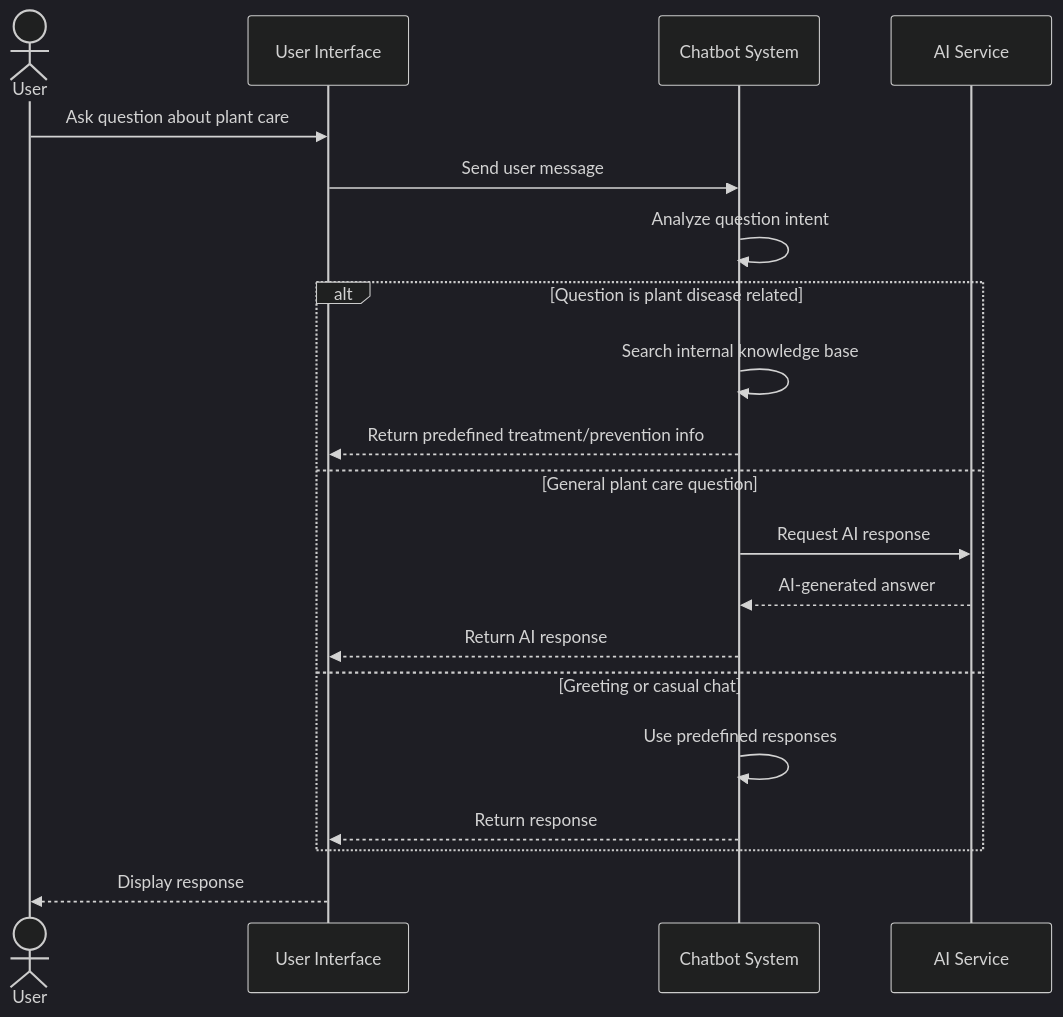
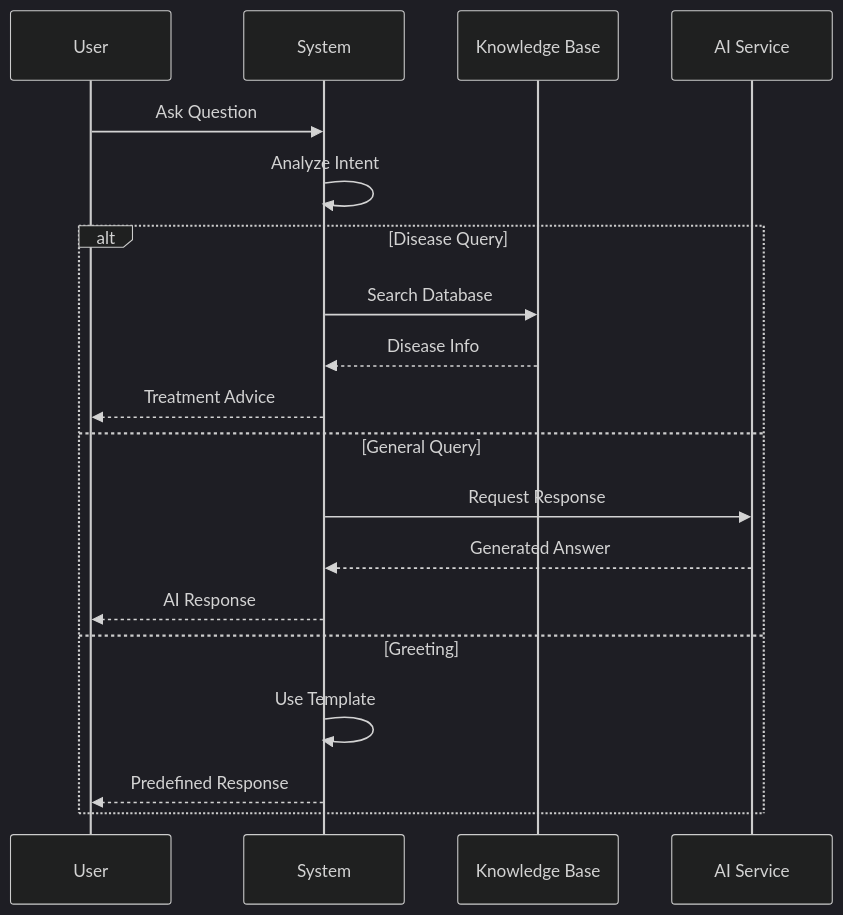
Diagram 11 of 16 in system documentation.md (abdullah2323442/practice), drawn with Mermaid (dark theme) before and after one commit. The commit also changed other lines of this file, not shown here.

First line of the commit message:
Revise system documentation with updated diagrams

````diff
--- a/system documentation.md
+++ b/system documentation.md
@@ -529,26 +522,23 @@
 ```mermaid
 sequenceDiagram
-    actor User
-    participant Web as User Interface
-    participant Chatbot as Chatbot System
+    participant U as User
+    participant S as System
+    participant KB as Knowledge Base
     participant AI as AI Service
     
-    User->>Web: Ask question about plant care
-    Web->>Chatbot: Send user message
+    U->>S: Ask Question
+    S->>S: Analyze Intent
     
-    Chatbot->>Chatbot: Analyze question intent
-    
-    alt Question is plant disease related
-        Chatbot->>Chatbot: Search internal knowledge base
-        Chatbot-->>Web: Return predefined treatment/prevention info
-    else General plant care question
-        Chatbot->>AI: Request AI response
-        AI-->>Chatbot: AI-generated answer
-        Chatbot-->>Web: Return AI response
-    else Greeting or casual chat
-        Chatbot->>Chatbot: Use predefined responses
-        Chatbot-->>Web: Return response
+    alt Disease Query
+        S->>KB: Search Database
+        KB-->>S: Disease Info
+        S-->>U: Treatment Advice
+    else General Query
+        S->>AI: Request Response
+        AI-->>S: Generated Answer
+        S-->>U: AI Response
+    else Greeting
+        S->>S: Use Template
+        S-->>U: Predefined Response
     end
-    
-    Web-->>User: Display response
 ```
````
